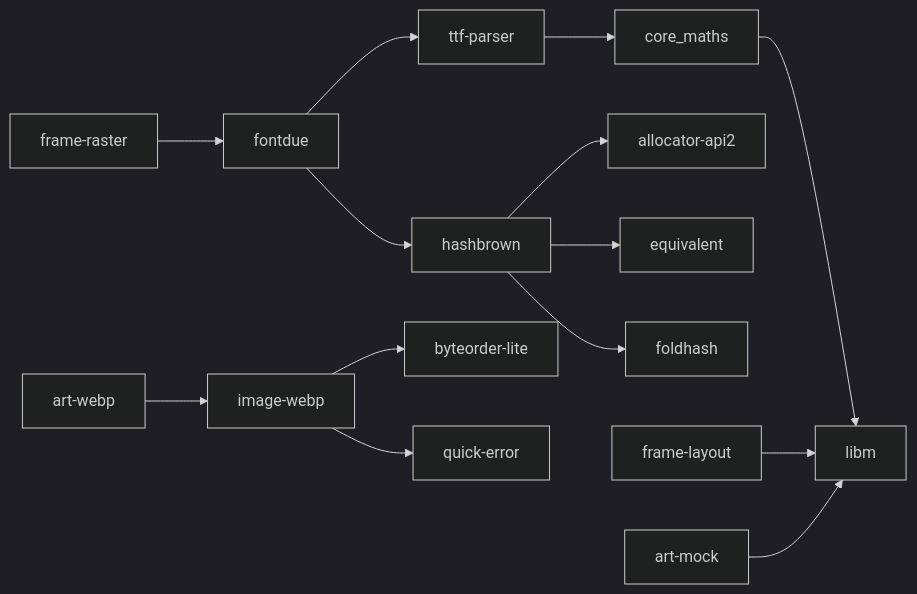
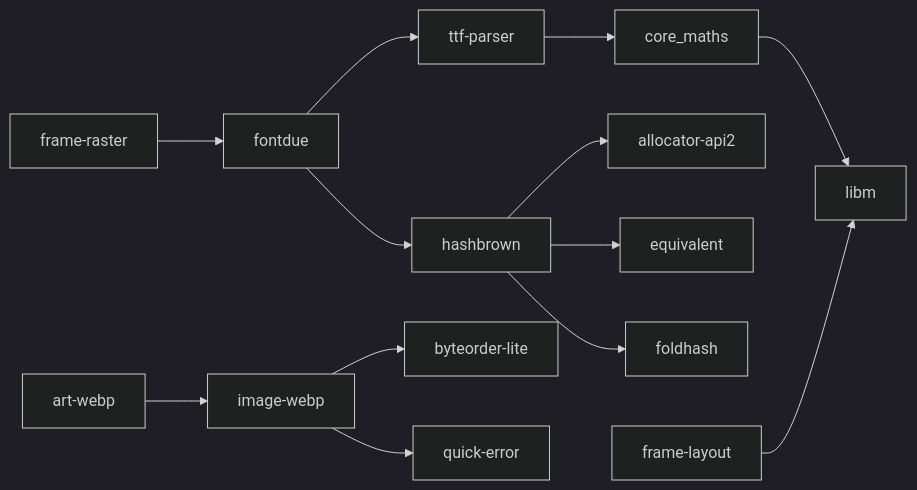
The diagram in docs/explanation/dependencies.md (Filip-Pajalic/birdnet-go-frame), drawn with Mermaid (dark theme) before and after one commit. The commit also changed 45 other files, not shown here.

````diff
--- a/docs/explanation/dependencies.md
+++ b/docs/explanation/dependencies.md
@@ -18,13 +18,12 @@
 ```mermaid
 flowchart LR
     raster[frame-raster] --> fontdue
     fontdue --> ttf[ttf-parser] --> core_maths --> libm
     fontdue --> hashbrown --> allocator-api2
     hashbrown --> equivalent
     hashbrown --> foldhash
     layout[frame-layout] --> libm
-    artmock[art-mock] --> libm
     webp[art-webp] --> imagewebp[image-webp]
     imagewebp --> byteorder-lite
     imagewebp --> quick-error
 ```
````
